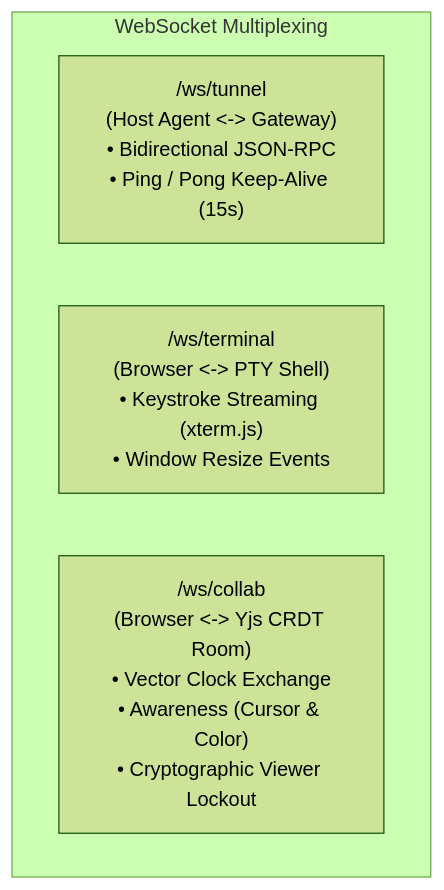
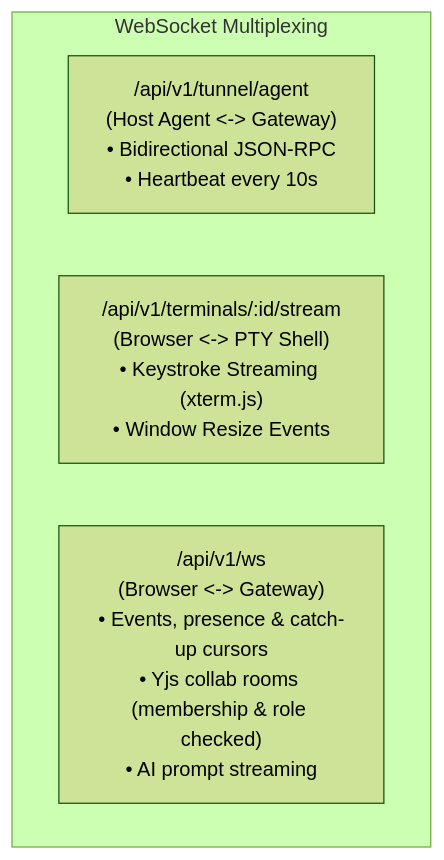
One commit to whilstsomebody/RemoteIDE changed the sixth of 6 diagrams in README.md. Above: the diagram before and after it, drawn with Mermaid (forest theme). The commit also changed other lines of this file, not shown here.

````diff
--- a/README.md
+++ b/README.md
@@ -1011,8 +1016,8 @@
 ```mermaid
 flowchart TD
     subgraph WsChannels["WebSocket Multiplexing"]
-        Tunnel["/ws/tunnel\n(Host Agent <-> Gateway)\n• Bidirectional JSON-RPC\n• Ping / Pong Keep-Alive (15s)"]
-        Terminal["/ws/terminal\n(Browser <-> PTY Shell)\n• Keystroke Streaming (xterm.js)\n• Window Resize Events"]
-        Collab["/ws/collab\n(Browser <-> Yjs CRDT Room)\n• Vector Clock Exchange\n• Awareness (Cursor & Color)\n• Cryptographic Viewer Lockout"]
+        Tunnel["/api/v1/tunnel/agent\n(Host Agent <-> Gateway)\n• Bidirectional JSON-RPC\n• Heartbeat every 10s"]
+        Terminal["/api/v1/terminals/:id/stream\n(Browser <-> PTY Shell)\n• Keystroke Streaming (xterm.js)\n• Window Resize Events"]
+        Client["/api/v1/ws\n(Browser <-> Gateway)\n• Events, presence & catch-up cursors\n• Yjs collab rooms (membership & role checked)\n• AI prompt streaming"]
     end
 ```
````
